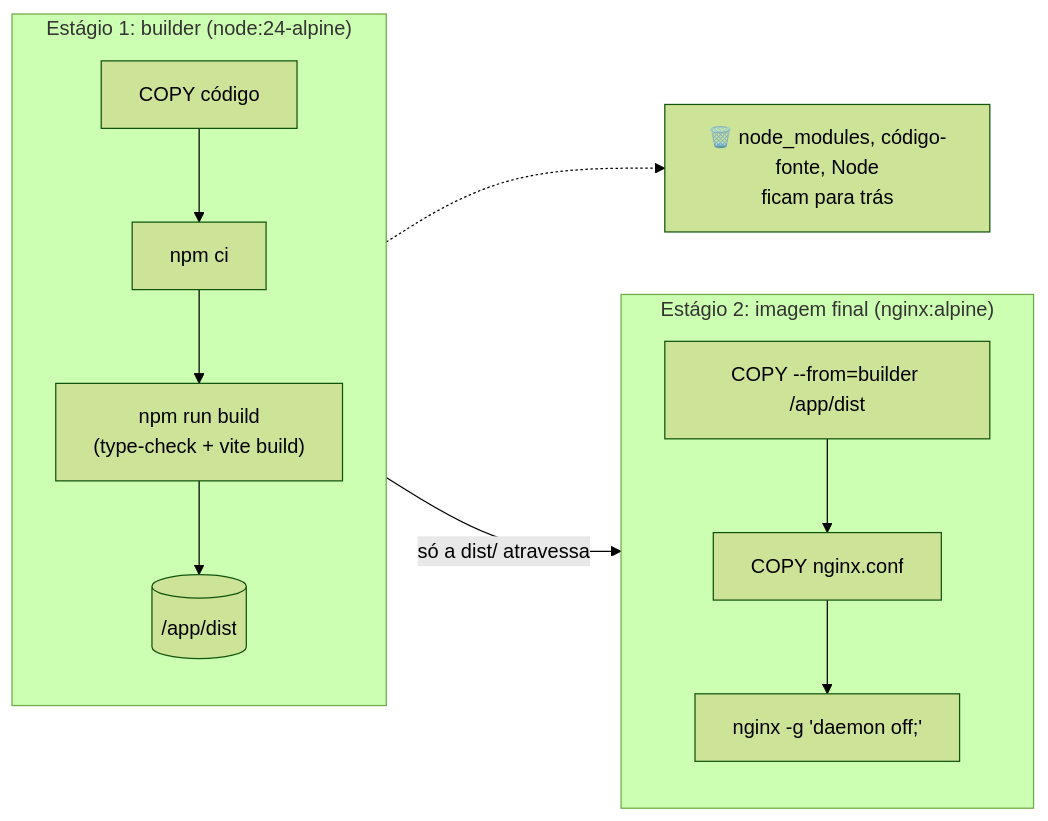
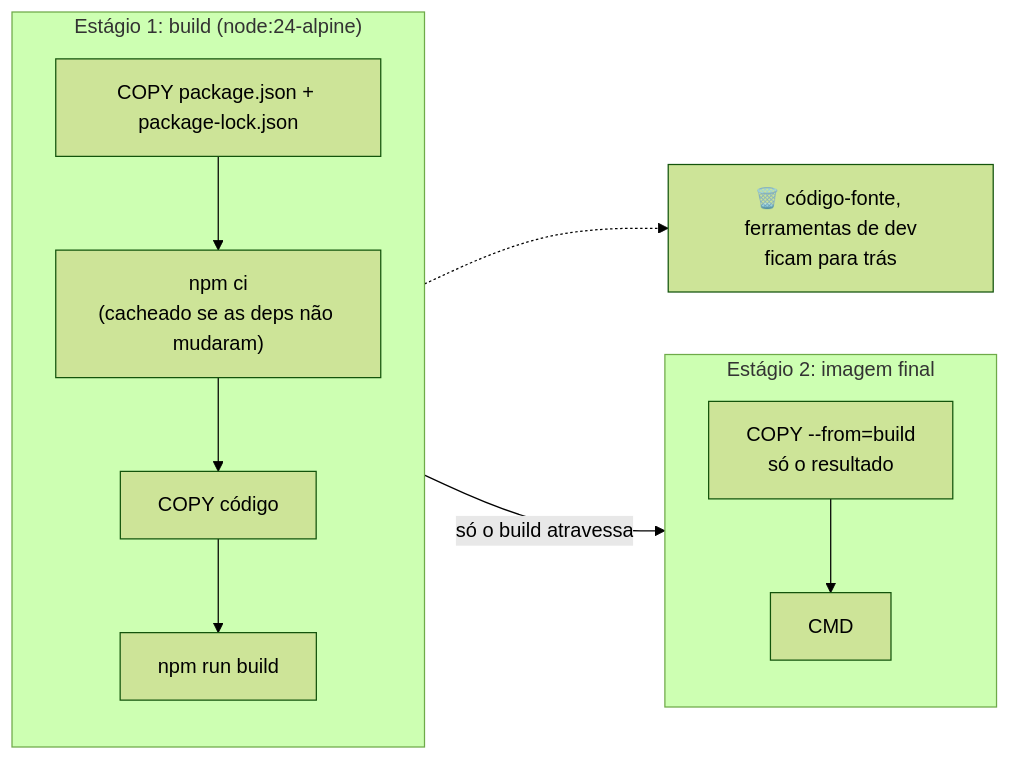
The fifth of 7 diagrams in README.md (ThiagoMarzari/laboratorio-producao-web), drawn with Mermaid (forest theme) before and after one commit. The commit also changed other lines of this file and 11 other files, not shown here.

````diff
--- a/README.md
+++ b/README.md
@@ -185,19 +185,18 @@
 ```mermaid
 flowchart LR
-    subgraph s1["Estágio 1: builder (node:24-alpine)"]
+    subgraph s1["Estágio 1: build (node:24-alpine)"]
         direction TB
-        a["COPY código"] --> b["npm ci"]
-        b --> c["npm run build<br/>(type-check + vite build)"]
-        c --> d[("/app/dist")]
+        a["COPY package.json + package-lock.json"] --> b["npm ci<br/>(cacheado se as deps não mudaram)"]
+        b --> c["COPY código"]
+        c --> d["npm run build"]
     end
 
-    subgraph s2["Estágio 2: imagem final (nginx:alpine)"]
+    subgraph s2["Estágio 2: imagem final"]
         direction TB
-        e["COPY --from=builder /app/dist"] --> f["COPY nginx.conf"]
-        f --> g["nginx -g 'daemon off;'"]
+        e["COPY --from=build<br/>só o resultado"] --> f["CMD"]
     end
 
-    d -->|"só a dist/ atravessa"| e
-    trash["🗑️ node_modules, código-fonte, Node<br/>ficam para trás"]
+    d -->|"só o build atravessa"| e
+    trash["🗑️ código-fonte, ferramentas de dev<br/>ficam para trás"]
     s1 -.-> trash
 ```
````
